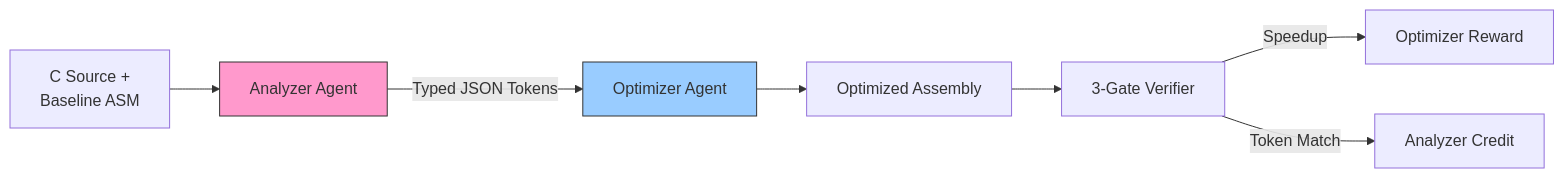
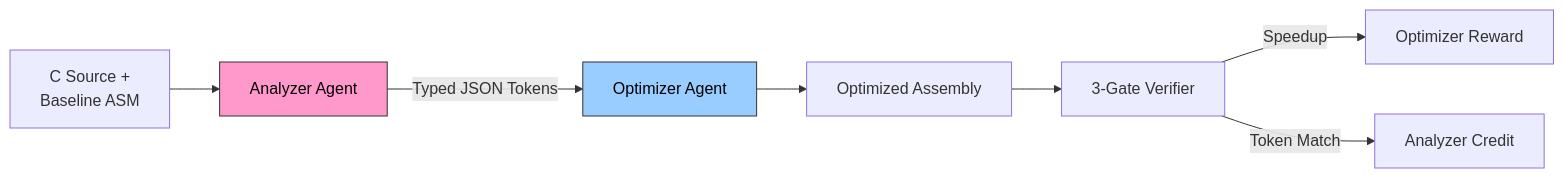
One commit to ka-ori/arm-gym changed the second of 3 diagrams in README.md. Above: the diagram before and after it, drawn with Mermaid. The commit also changed other lines of this file, not shown here.

Commit message:
fix: add dark text color to Mermaid diagram nodes for contrast

````diff
--- a/README.md
+++ b/README.md
@@ -51,12 +51,12 @@
 ```mermaid
 flowchart LR
     S["C Source +<br/>Baseline ASM"] --> AN["Analyzer Agent"]
     AN -->|"Typed JSON Tokens"| OPT["Optimizer Agent"]
     OPT --> ASM["Optimized Assembly"]
     ASM --> V["3-Gate Verifier"]
     V -->|"Speedup"| R1["Optimizer Reward"]
     V -->|"Token Match"| R2["Analyzer Credit"]
 
-    style AN fill:#f9c,stroke:#333
-    style OPT fill:#9cf,stroke:#333
+    style AN fill:#f9c,stroke:#333,color:#000
+    style OPT fill:#9cf,stroke:#333,color:#000
 ```
````
